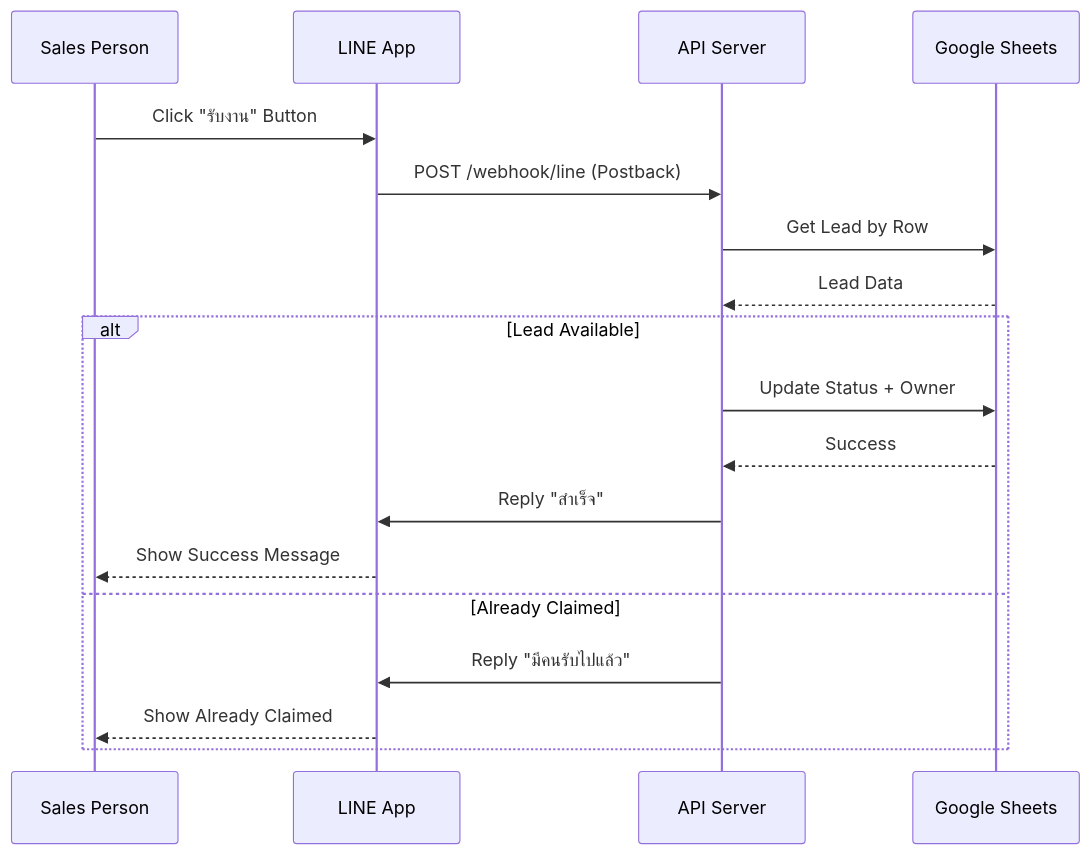
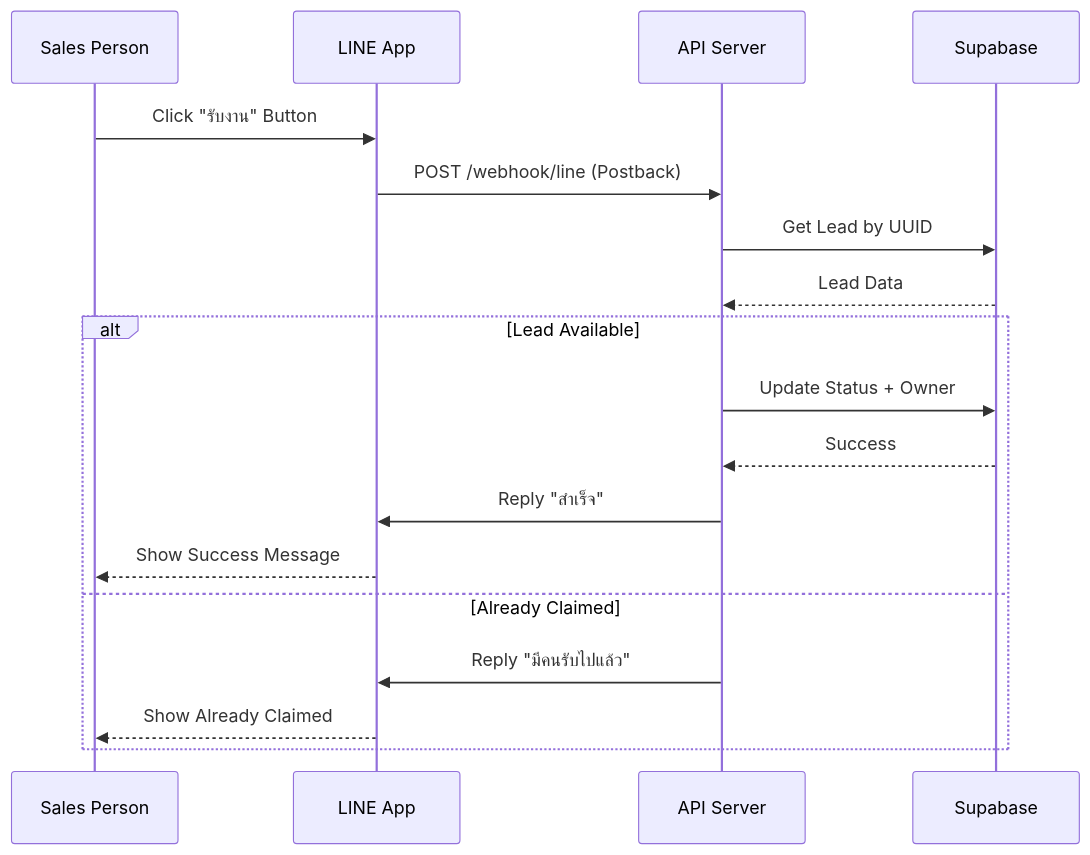
Before and after one commit to Jirawatpyk/ENEOS-Sales-Automation: the third of 12 diagrams in docs/ARCHITECTURE.md, drawn with Mermaid. The commit also changed other lines of this file and 40 other files, not shown here.

First line of the commit message:
feat: cleanup Google Sheets dependencies + update all docs to Supabase (Story 9-4)

````diff
--- a/docs/ARCHITECTURE.md
+++ b/docs/ARCHITECTURE.md
@@ -142,23 +144,23 @@
 ```mermaid
 sequenceDiagram
     participant Sales as Sales Person
     participant L as LINE App
     participant API as API Server
-    participant S as Google Sheets
+    participant S as Supabase
 
     Sales->>L: Click "รับงาน" Button
     L->>API: POST /webhook/line (Postback)
 
-    API->>S: Get Lead by Row
+    API->>S: Get Lead by UUID
     S-->>API: Lead Data
 
     alt Lead Available
         API->>S: Update Status + Owner
         S-->>API: Success
         API->>L: Reply "สำเร็จ"
         L-->>Sales: Show Success Message
     else Already Claimed
         API->>L: Reply "มีคนรับไปแล้ว"
         L-->>Sales: Show Already Claimed
     end
 ```
````
